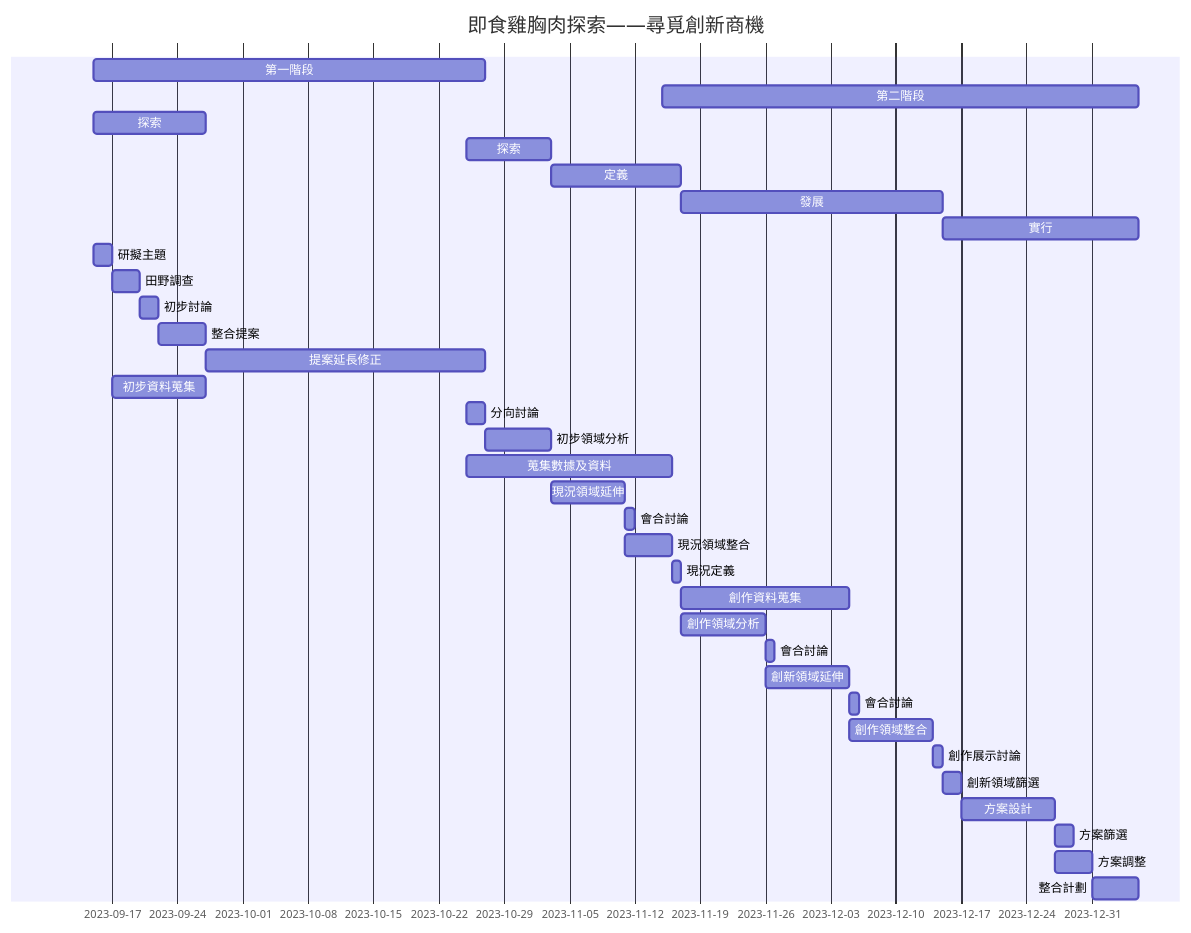
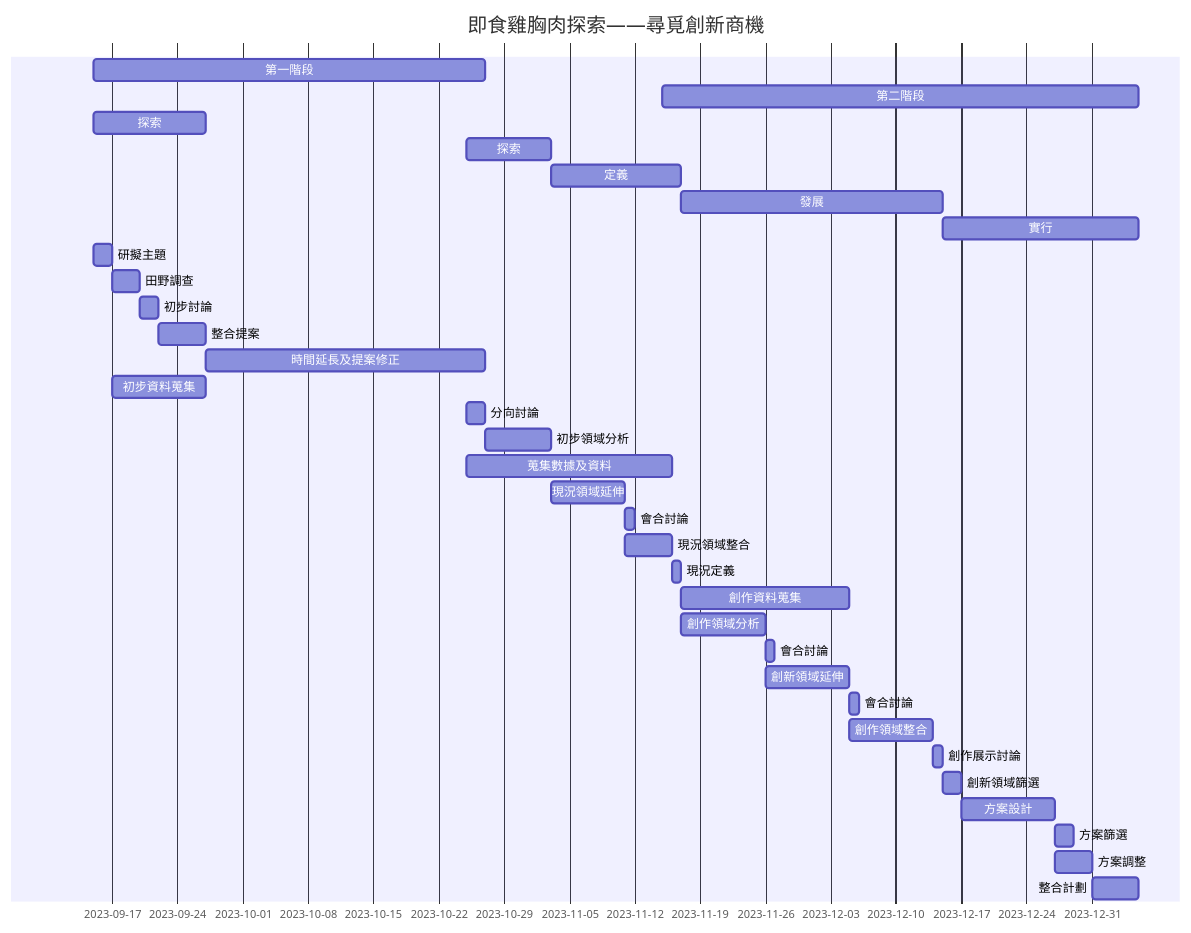
One commit to C110134148/T15nT1 changed the second of 2 diagrams in README.md. Above: the diagram before and after it, drawn with Mermaid.

````diff
--- a/README.md
+++ b/README.md
@@ -55,41 +55,41 @@
 ```mermaid
     gantt
         title 即食雞胸肉探索——尋覓創新商機
 第一階段    : c1, 2023-09-15 ,42d
 第二階段    : c2, 2023-11-15 ,51d
 探索    : b1, 2023-09-15 ,12d
 探索    : b5, 2023-10-25 ,9d
 定義    : b2, after b5,14d
 發展    : b3, after b2 ,28d
 實行    : b4, after b3 ,21d
         研擬主題     : a1, 2023-09-15 ,2d
         田野調查     : a2, after a1 , 3d
         初步討論     : a4, after a2 , 2d
         整合提案     : a5, after a4 , 5d
 
-        提案延長修正  : a25, after a5 , 30d
+        時間延長及提案修正  : a25, after a5 , 30d
 
         初步資料蒐集    : a3, after a1 , 10d
         分向討論     : a6, 2023-10-25 , 2d
         初步領域分析     : a8 ,after a6 , 7d
         蒐集數據及資料 : a7, 2023-10-25 , 22d
 
         現況領域延伸     : a9, after a8 , 8d
         會合討論     : a10, after a9 , 1d
         現況領域整合     : a11, after a9 , 5d
         現況定義 : a12, after a11 , 1d
 
         創作資料蒐集     : a13 ,after a12 , 18d
         創作領域分析: a14 ,after a12 , 9d
         會合討論     : a16, after a14 , 1d
         創新領域延伸   : a15, after a14 ,9d
         會合討論: a18 ,after a15 , 1d
         創作領域整合: a17 ,after a15 , 9d
         創作展示討論: a19 ,after a17 , 1d
 
 創新領域篩選: a20 ,after a19 , 2d
 方案設計: a21 ,after a20 , 10d
 方案篩選: a22 ,after a21 , 2d
 方案調整: a23 ,after a21 , 4d
 整合計劃: a24 ,after a23 , 5d
 ```
````
